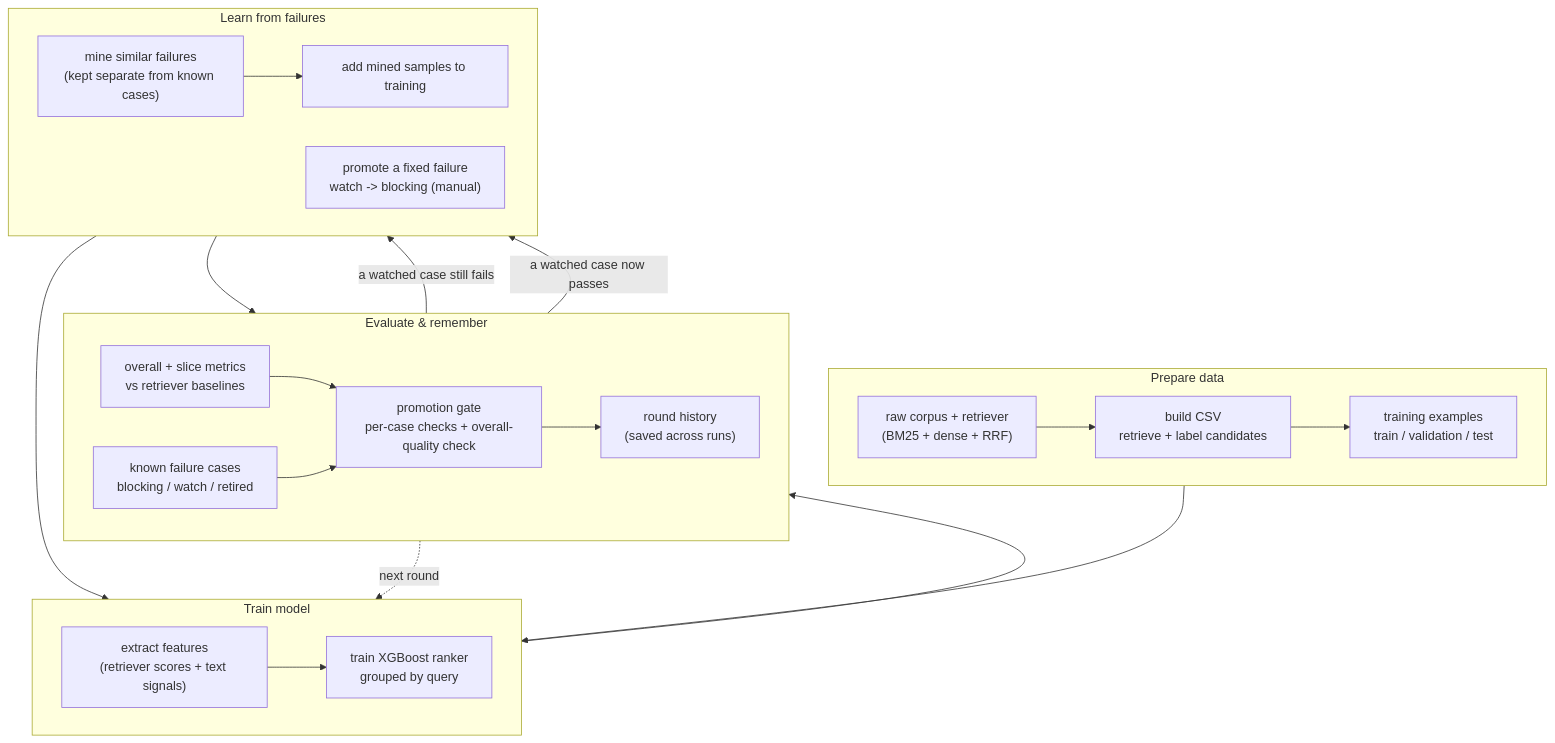
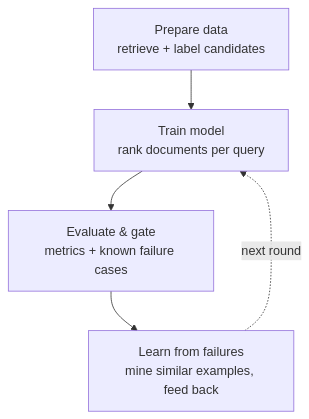
The diagram in README.md (ansvver/heuriboost), drawn with Mermaid before and after one commit. The commit also changed 1 other file, not shown here.

Commit message:
Simplify project flow diagram to four high-level stages
Collapse the flow diagram in both READMEs to four top-level modules
(prepare data -> train -> evaluate & gate -> learn from failures) plus
the next-round loopback, dropping retriever/feature/metric internals.
Details remain in the per-stage prose and pseudocode below the diagram.

````diff
--- a/README.md
+++ b/README.md
@@ -84,40 +84,10 @@
 ```mermaid
 flowchart TD
-  subgraph DATA["Prepare data"]
-    direction LR
-    SRC["raw corpus + retriever<br/>(BM25 + dense + RRF)"]
-    BUILD["build CSV<br/>retrieve + label candidates"]
-    CSV["training examples<br/>train / validation / test"]
-    SRC --> BUILD --> CSV
-  end
+  DATA["Prepare data<br/>retrieve + label candidates"]
+  LEARN["Train model<br/>rank documents per query"]
+  EVAL["Evaluate & gate<br/>metrics + known failure cases"]
+  EVOLVE["Learn from failures<br/>mine similar examples, feed back"]
 
-  subgraph LEARN["Train model"]
-    direction LR
-    FEATS["extract features<br/>(retriever scores + text signals)"]
-    TRAIN["train XGBoost ranker<br/>grouped by query"]
-    CSV --> FEATS --> TRAIN
-  end
-
-  subgraph EVAL["Evaluate & remember"]
-    direction LR
-    METRICS["overall + slice metrics<br/>vs retriever baselines"]
-    CASES["known failure cases<br/>blocking / watch / retired"]
-    GATE["promotion gate<br/>per-case checks + overall-quality check"]
-    LEDGER["round history<br/>(saved across runs)"]
-    TRAIN --> METRICS
-    METRICS --> GATE
-    CASES --> GATE
-    GATE --> LEDGER
-  end
-
-  subgraph EVOLVE["Learn from failures"]
-    direction LR
-    MINE["mine similar failures<br/>(kept separate from known cases)"]
-    SETS["add mined samples to training"]
-    PROMOTE["promote a fixed failure<br/>watch -> blocking (manual)"]
-    LEDGER -->|a watched case still fails| MINE --> SETS --> FEATS
-    LEDGER -->|a watched case now passes| PROMOTE --> CASES
-  end
-
-  LEDGER -.next round.-> LEARN
+  DATA --> LEARN --> EVAL --> EVOLVE
+  EVOLVE -.next round.-> LEARN
 ```
````
